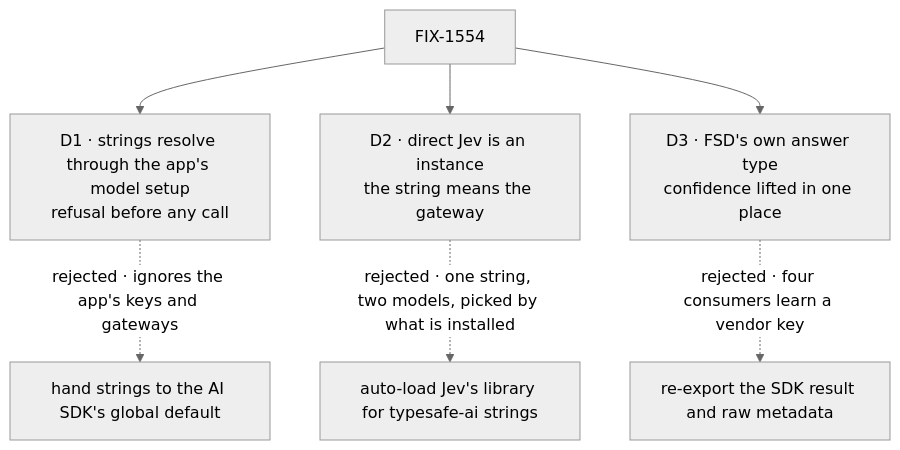
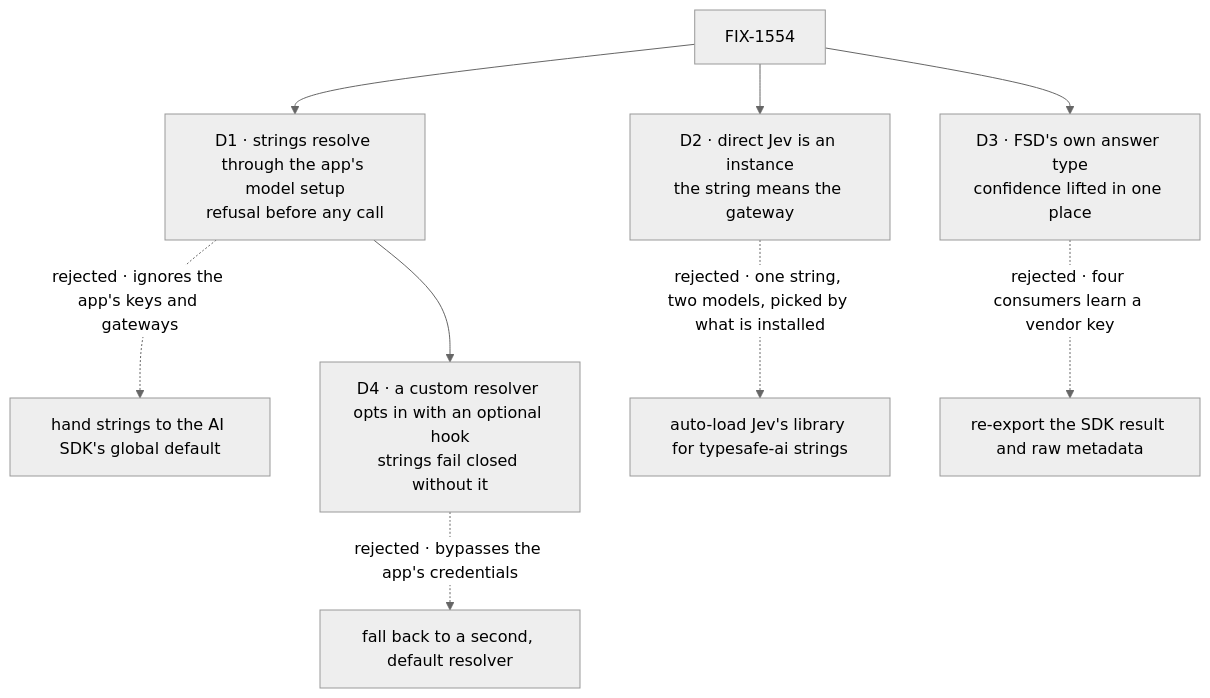
One commit to fixpoint-labs/flow-state-dev changed the diagram in specs/issues/FIX-1554/DECISIONS.md. Above: the diagram before and after it, drawn with Mermaid (neutral theme). The commit also changed other lines of this file and 5 other files, not shown here.

````diff
--- a/specs/issues/FIX-1554/DECISIONS.md
+++ b/specs/issues/FIX-1554/DECISIONS.md
@@ -11,9 +12,11 @@
 ```mermaid
 flowchart TD
   I["FIX-1554"] --> D1["D1 · strings resolve through the app's model setup<br/>refusal before any call"]
   D1 -.->|"rejected · ignores the app's keys and gateways"| X1["hand strings to the AI SDK's global default"]
   I --> D2["D2 · direct Jev is an instance<br/>the string means the gateway"]
   D2 -.->|"rejected · one string, two models, picked by what is installed"| X2["auto-load Jev's library for typesafe-ai strings"]
   I --> D3["D3 · FSD's own answer type<br/>confidence lifted in one place"]
   D3 -.->|"rejected · four consumers learn a vendor key"| X3["re-export the SDK result and raw metadata"]
+  D1 --> D4["D4 · a custom resolver opts in with an optional hook<br/>strings fail closed without it"]
+  D4 -.->|"rejected · bypasses the app's credentials"| X4["fall back to a second, default resolver"]
 ```
````
